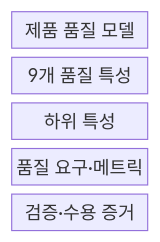
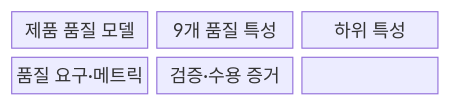
One commit to agnusdei1207/knowledge-base changed the first of 2 diagrams in src/content/docs/notes/06-evaluation/029_iso_25010.md. Above: the diagram before and after it, drawn with Mermaid. The commit also changed other lines of this file and 53 other files, not shown here.

````diff
--- a/src/content/docs/notes/06-evaluation/029_iso_25010.md
+++ b/src/content/docs/notes/06-evaluation/029_iso_25010.md
@@ -63,9 +63,11 @@
 ```mermaid
 block-beta
-  columns 1
+  columns 3
   M["제품 품질 모델"]
   C["9개 품질 특성"]
   S["하위 특성"]
   R["품질 요구·메트릭"]
   E["검증·수용 증거"]
+  M --- C --- S
+  S --- R --- E
 ```
````
